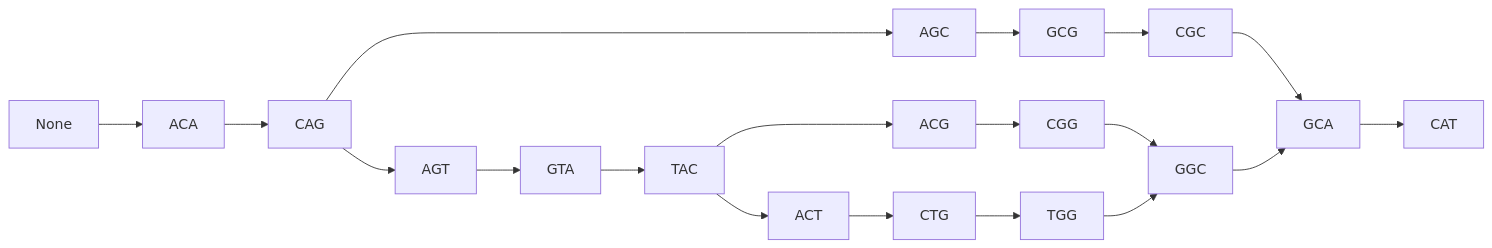
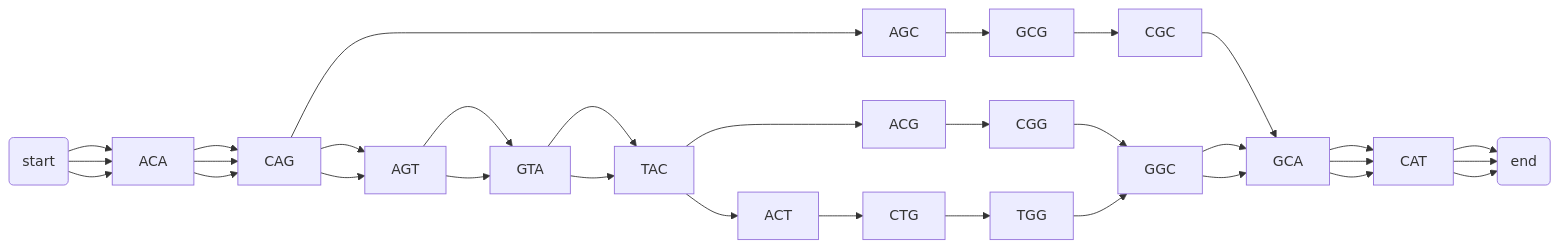
The diagram in tests/output/nested_bubble.md (khiron/dBGAlignLib), drawn with Mermaid before and after one commit. The commit also changed 13 other files, not shown here.

````diff
--- a/tests/output/nested_bubble.md
+++ b/tests/output/nested_bubble.md
@@ -1,21 +1,36 @@
 ```mermaid
 graph LR;
-None --> ACA;
+ s(start);
+ e(end);
+ s --> ACA;
+s --> ACA;
+s --> ACA;
 ACA --> CAG;
+ACA --> CAG;
+ACA --> CAG;
+CAG --> AGT;
 CAG --> AGT;
 CAG --> AGC;
 AGT --> GTA;
+AGT --> GTA;
 AGC --> GCG;
+GTA --> TAC;
 GTA --> TAC;
 GCG --> CGC;
 TAC --> ACG;
 TAC --> ACT;
 CGC --> GCA;
 ACG --> CGG;
 ACT --> CTG;
 GCA --> CAT;
+GCA --> CAT;
+GCA --> CAT;
 CGG --> GGC;
 CTG --> TGG;
 GGC --> GCA;
+GGC --> GCA;
 TGG --> GGC;
+CAT --> e;
+CAT --> e;
+CAT --> e;
 ```
````
